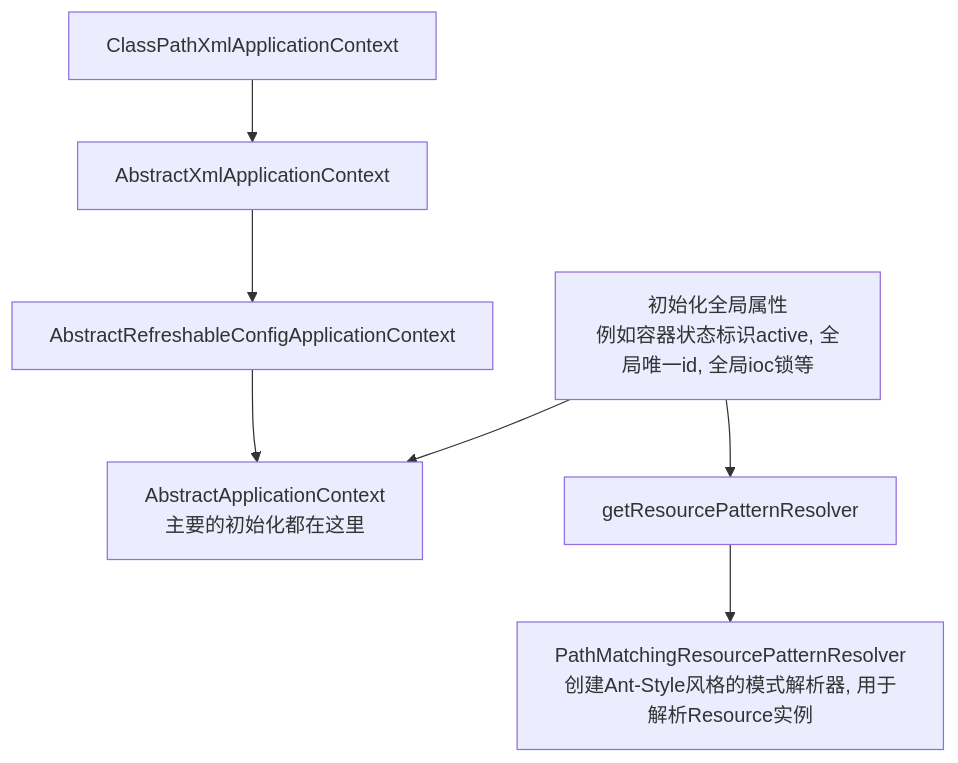
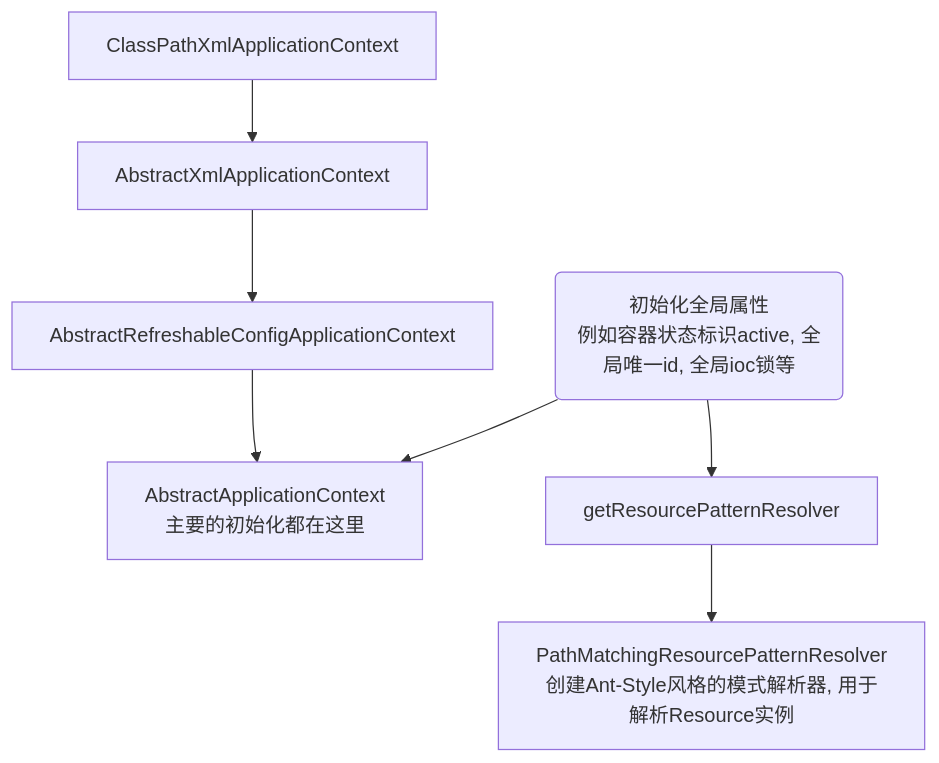
Before and after one commit to LCW-QAQ/StudayNote: the fourth of 7 diagrams in Spring/Spring源码.md, drawn with Mermaid. The commit also changed other lines of this file, not shown here.

````diff
--- a/Spring/Spring源码.md
+++ b/Spring/Spring源码.md
@@ -91,9 +118,9 @@
 ```mermaid
 graph TB
 ClassPathXmlApplicationContext --> AbstractXmlApplicationContext
 			--> AbstractRefreshableConfigApplicationContext
 			--> AbstractApplicationContext[AbstractApplicationContext<br>主要的初始化都在这里]
-AbstractApplicationContext__INFO[初始化全局属性<br>例如容器状态标识active, 全局唯一id, 全局ioc锁等] --> AbstractApplicationContext
+AbstractApplicationContext__INFO(初始化全局属性<br>例如容器状态标识active, 全局唯一id, 全局ioc锁等) --> AbstractApplicationContext
 AbstractApplicationContext__INFO --> getResourcePatternResolver
 	--> PathMatchingResourcePatternResolver[PathMatchingResourcePatternResolver<br>创建Ant-Style风格的模式解析器, 用于解析Resource实例]
 ```
````
